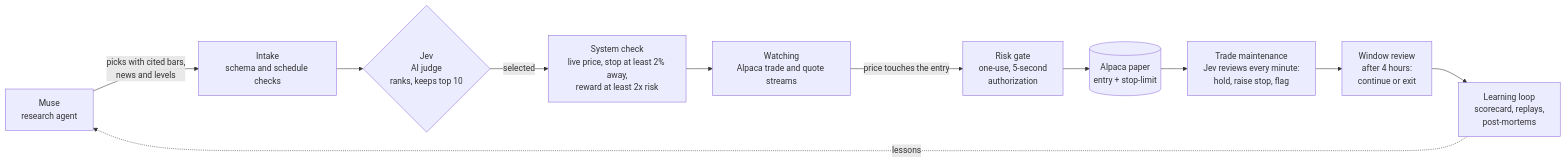
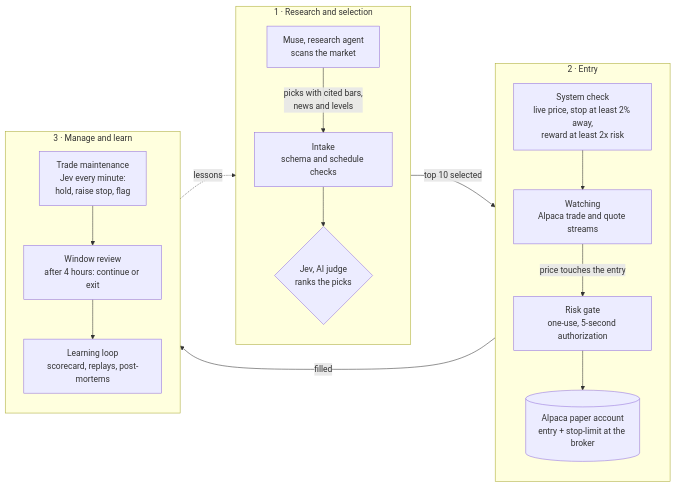
Before and after one commit to gramv/catalyst-retest-lab: the diagram in README.md, drawn with Mermaid.

Commit message:
README: the architecture diagram as three stage columns

````diff
--- a/README.md
+++ b/README.md
@@ -40,13 +40,22 @@
 ```mermaid
 flowchart LR
-    M["Muse<br/>research agent"] -->|"picks with cited bars,<br/>news and levels"| I["Intake<br/>schema and schedule checks"]
-    I --> J{"Jev<br/>AI judge<br/>ranks, keeps top 10"}
-    J -->|selected| S["System check<br/>live price, stop at least 2% away,<br/>reward at least 2x risk"]
-    S --> W["Watching<br/>Alpaca trade and quote streams"]
-    W -->|"price touches the entry"| R["Risk gate<br/>one-use, 5-second<br/>authorization"]
-    R --> B[("Alpaca paper<br/>entry + stop-limit")]
-    B --> T["Trade maintenance<br/>Jev reviews every minute:<br/>hold, raise stop, flag"]
-    T --> V["Window review<br/>after 4 hours:<br/>continue or exit"]
-    V --> L["Learning loop<br/>scorecard, replays,<br/>post-mortems"]
-    L -.->|lessons| M
+    subgraph R1 ["1 · Research and selection"]
+        direction TB
+        M["Muse, research agent<br/>scans the market"] -->|"picks with cited bars,<br/>news and levels"| I["Intake<br/>schema and schedule checks"]
+        I --> J{"Jev, AI judge<br/>ranks the picks"}
+    end
+    subgraph R2 ["2 · Entry"]
+        direction TB
+        S["System check<br/>live price, stop at least 2% away,<br/>reward at least 2x risk"] --> W["Watching<br/>Alpaca trade and quote streams"]
+        W -->|"price touches the entry"| G["Risk gate<br/>one-use, 5-second authorization"]
+        G --> B[("Alpaca paper account<br/>entry + stop-limit at the broker")]
+    end
+    subgraph R3 ["3 · Manage and learn"]
+        direction TB
+        T["Trade maintenance<br/>Jev every minute:<br/>hold, raise stop, flag"] --> V["Window review<br/>after 4 hours: continue or exit"]
+        V --> L["Learning loop<br/>scorecard, replays, post-mortems"]
+    end
+    R1 -->|"top 10 selected"| R2
+    R2 -->|"filled"| R3
+    R3 -.->|"lessons"| R1
 ```
````
